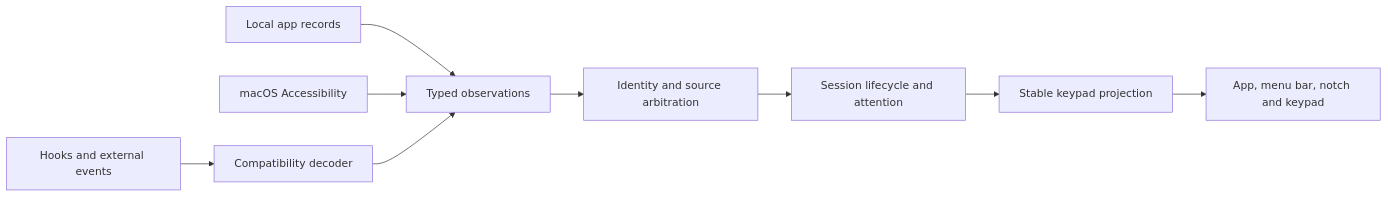
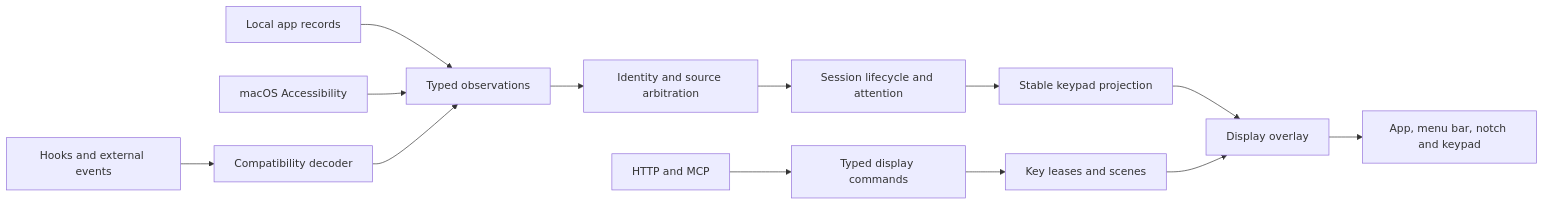
The diagram in docs/tracking-architecture.md (samhologram/padgent), drawn with Mermaid before and after one commit. The commit also changed other lines of this file and 21 other files, not shown here.

First line of the commit message:
Add shared keypad control over HTTP and MCP (#1)

````diff
--- a/docs/tracking-architecture.md
+++ b/docs/tracking-architecture.md
@@ -6,11 +6,15 @@
 ```mermaid
 flowchart LR
     A[Hooks and external events] --> D[Compatibility decoder]
     B[Local app records] --> O[Typed observations]
     C[macOS Accessibility] --> O
     D --> O
     O --> T[Identity and source arbitration]
     T --> S[Session lifecycle and attention]
     S --> L[Stable keypad projection]
-    L --> V[App, menu bar, notch and keypad]
+    L --> P[Display overlay]
+    H[HTTP and MCP] --> C2[Typed display commands]
+    C2 --> E[Key leases and scenes]
+    E --> P
+    P --> V[App, menu bar, notch and keypad]
 ```
````
